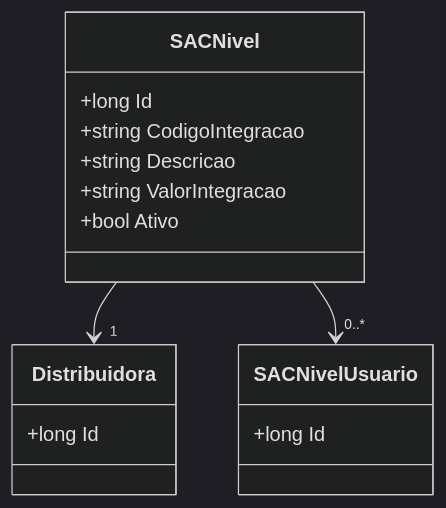
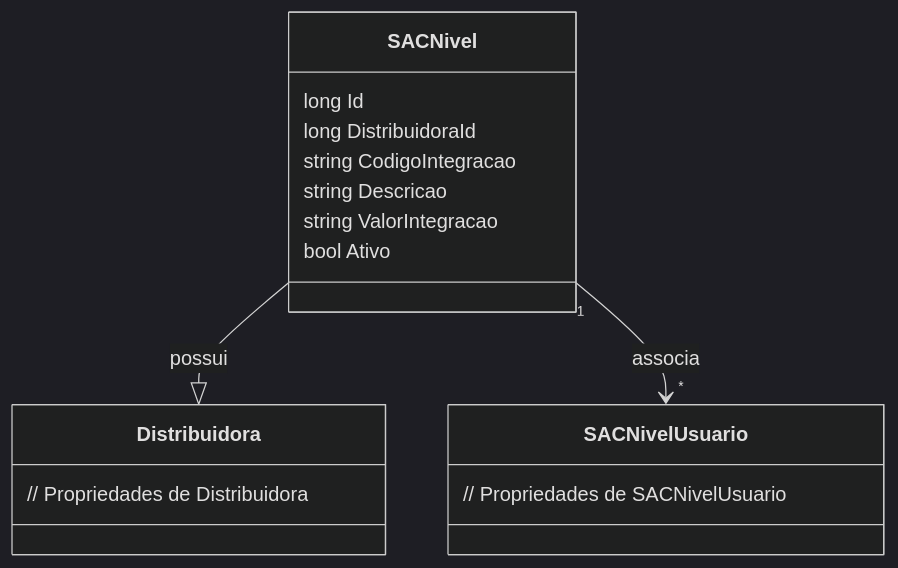
The diagram in docs/b2b-dominio/IsthmusWinthor.Nucleo/IsthmusWinthor.Dominio/Entidades/SACNivel.md (IsthmusSistemas/documentacao-tecnica), drawn with Mermaid (dark theme) before and after one commit. The commit also changed other lines of this file and 882 other files, not shown here.

````diff
--- a/docs/b2b-dominio/IsthmusWinthor.Nucleo/IsthmusWinthor.Dominio/Entidades/SACNivel.md
+++ b/docs/b2b-dominio/IsthmusWinthor.Nucleo/IsthmusWinthor.Dominio/Entidades/SACNivel.md
@@ -23,21 +22,22 @@
 ```mermaid
 classDiagram
     class SACNivel {
-        +long Id
-        +string CodigoIntegracao
-        +string Descricao
-        +string ValorIntegracao
-        +bool Ativo
+        long Id
+        long DistribuidoraId
+        string CodigoIntegracao
+        string Descricao
+        string ValorIntegracao
+        bool Ativo
     }
-    
+
     class Distribuidora {
-        +long Id
+        // Propriedades de Distribuidora
     }
 
     class SACNivelUsuario {
-        +long Id
+        // Propriedades de SACNivelUsuario
     }
 
-    SACNivel --> "1" Distribuidora
-    SACNivel --> "0..*" SACNivelUsuario
+    SACNivel --|> Distribuidora : possui
+    SACNivel "1" --> "*" SACNivelUsuario : associa
 ```
````
